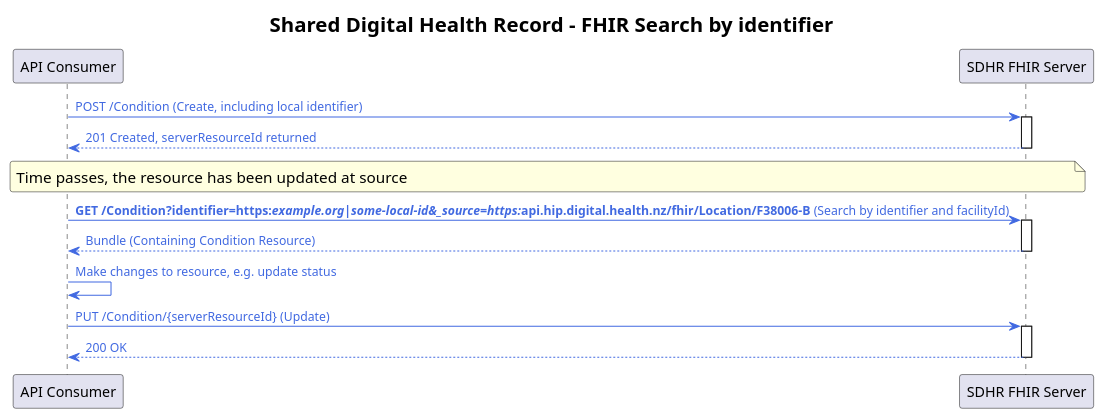
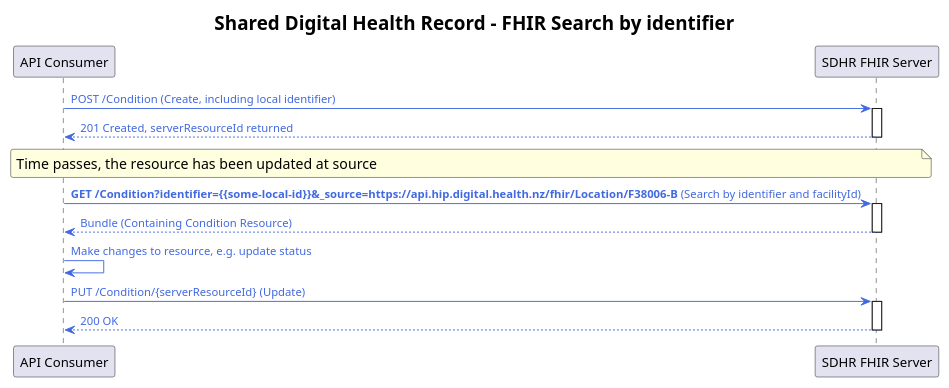
The diagram in input/images-source/search-by-identifier.plantuml (tewhatuora/fhir-sdhr), drawn with PlantUML before and after one commit. The commit also changed 8 other files, not shown here.

```diff
--- a/input/images-source/search-by-identifier.plantuml
+++ b/input/images-source/search-by-identifier.plantuml
@@ -1,52 +1,52 @@
 @startuml
 
 skinparam dpi 100 
-scale max 350 width
+scale max 300 width
 
 skinparam ActivityDiamondBackgroundColor #RoyalBlue
 skinparam ArrowColor #RoyalBlue   
 skinparam ArrowFontColor #RoyalBlue   
 skinparam ArrowFontSize 12
 skinparam ArrowMessageAlignment right
 skinparam BoxPadding 10
 skinparam ClassFontSize 16
 skinparam ClassFontStyle bold
 skinparam ClassStereotypeFontSize 16
 skinparam dpi 300
 skinparam FooterFontSize 14
 skinparam FooterFontStyle italic
 skinparam LegendBackgroundColor #Snow
 skinparam LegendFontName Helvetica
 skinparam LegendFontSize 16
 skinparam linetype ortho
 skinparam nodesep 70
 skinparam NoteBackgroundColor #LightYellow
 skinparam NoteFontSize 15
 skinparam NoteTextAlignment left
 skinparam ranksep 60
 skinparam roundcorner 5
 skinparam TitleFontSize 20
 
 title "Shared Digital Health Record - FHIR Search by identifier"
 
 participant "API Consumer" as Client
 participant "SDHR FHIR Server" as Server
 
 Client -> Server: POST /Condition (Create, including local identifier)
 activate Server
 Server --> Client: 201 Created, serverResourceId returned
 deactivate Server
 
 note over Client, Server: Time passes, the resource has been updated at source
 
-Client -> Server: **GET /Condition?identifier=https://example.org|some-local-id&_source=https://api.hip.digital.health.nz/fhir/Location/F38006-B** (Search by identifier and facilityId)
+Client -> Server: **GET /Condition?identifier={{some-local-id}}&_source=https://api.hip.digital.health.nz/fhir/Location/F38006-B** (Search by identifier and facilityId)
 activate Server
 Server --> Client: Bundle (Containing Condition Resource)
 deactivate Server
 Client -> Client: Make changes to resource, e.g. update status
 Client -> Server: PUT /Condition/{serverResourceId} (Update)
 activate Server
 Server --> Client: 200 OK
 deactivate Server
 
 @enduml
```
